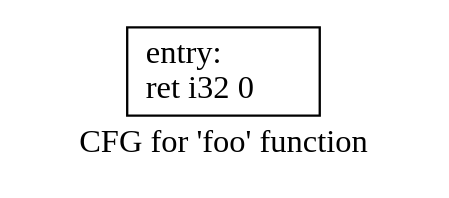
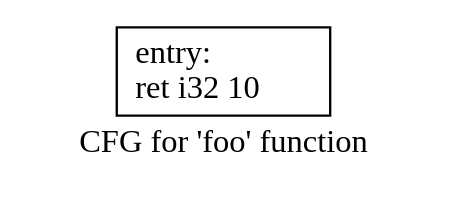
Before and after one commit to canesche/dce: the diagram in .foo.dot, drawn with Graphviz. The commit also changed 9 other files, not shown here.

```diff
--- a/.foo.dot
+++ b/.foo.dot
@@ -1,5 +1,5 @@
 digraph "CFG for 'foo' function" {
 	label="CFG for 'foo' function";
 
-	Node0x55cdb00993e0 [shape=record,label="{entry:\l  ret i32 0\l}"];
+	Node0x55f89c9793e0 [shape=record,label="{entry:\l  ret i32 10\l}"];
 }
```
